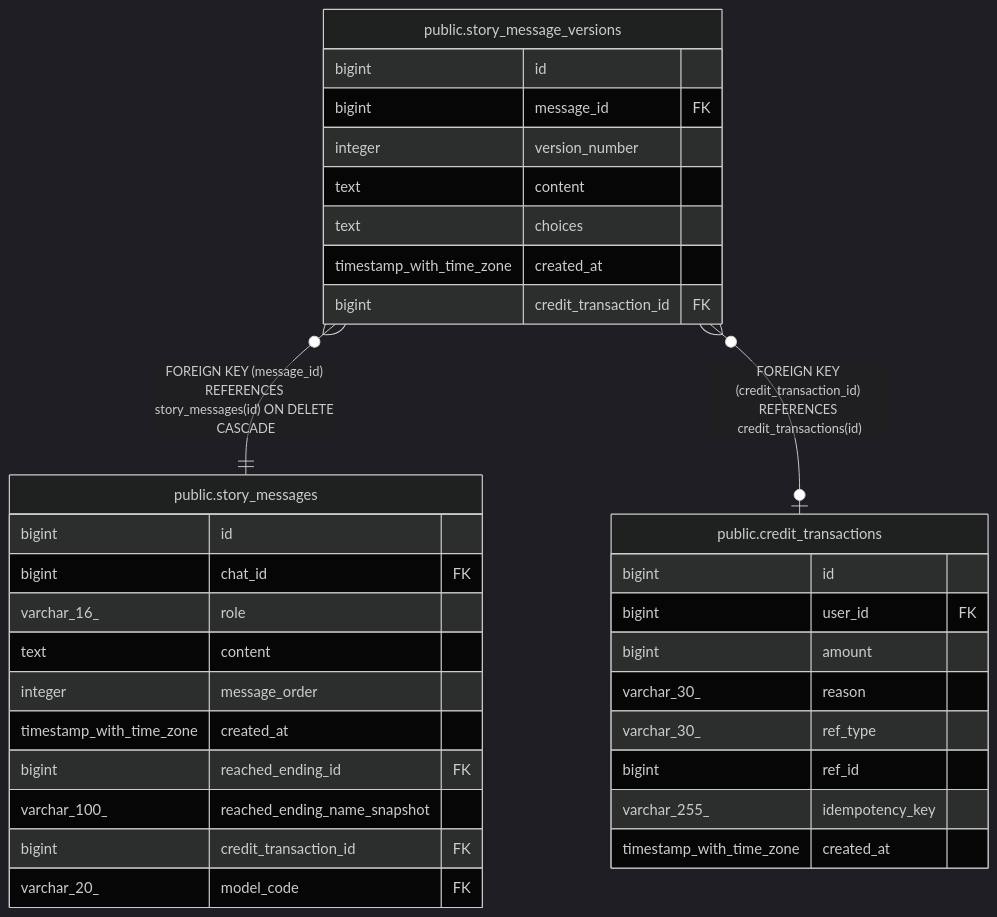
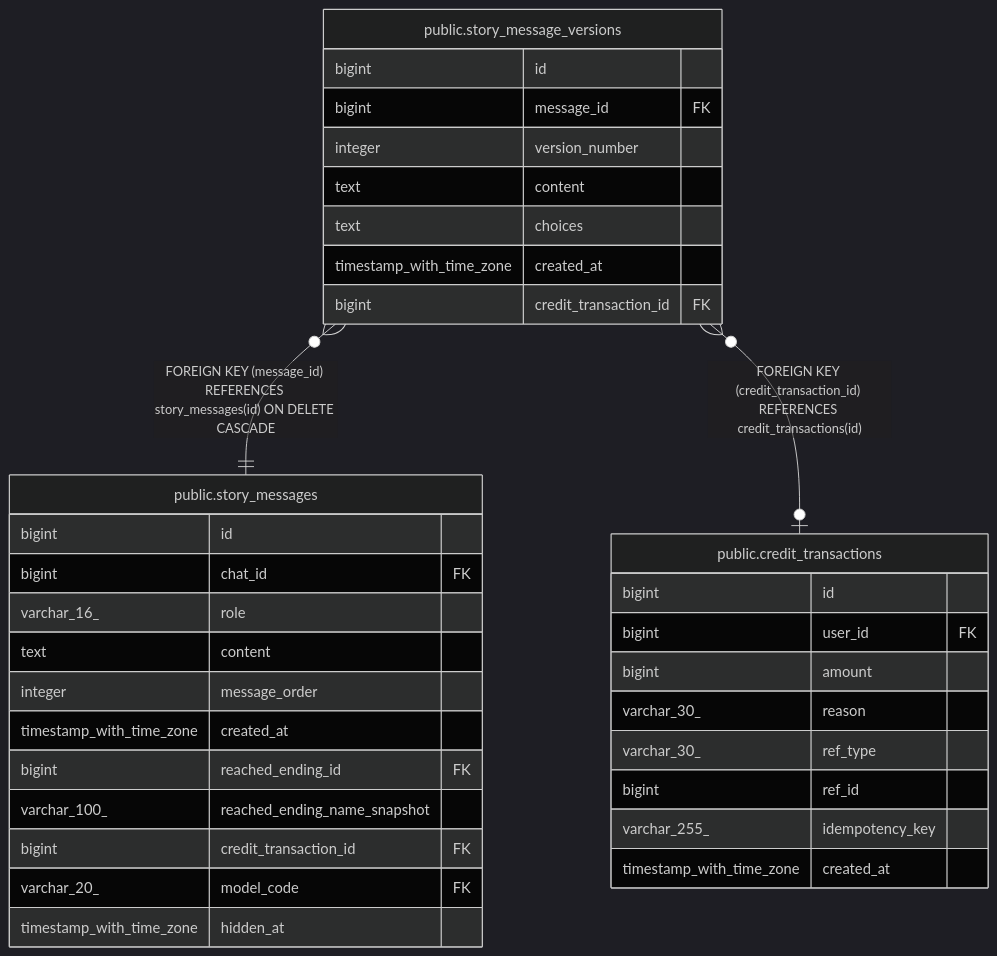
Before and after one commit to KIM-N-KANG/manyak-server: the diagram in dbdoc/public.story_message_versions.md, drawn with Mermaid (dark theme). The commit also changed 36 other files, not shown here.

````diff
--- a/dbdoc/public.story_message_versions.md
+++ b/dbdoc/public.story_message_versions.md
@@ -35,38 +35,39 @@
 ```mermaid
 erDiagram
 
 "public.story_message_versions" }o--|| "public.story_messages" : "FOREIGN KEY (message_id) REFERENCES story_messages(id) ON DELETE CASCADE"
 "public.story_message_versions" }o--o| "public.credit_transactions" : "FOREIGN KEY (credit_transaction_id) REFERENCES credit_transactions(id)"
 
 "public.story_message_versions" {
   bigint id
   bigint message_id FK
   integer version_number
   text content
   text choices
   timestamp_with_time_zone created_at
   bigint credit_transaction_id FK
 }
 "public.story_messages" {
   bigint id
   bigint chat_id FK
   varchar_16_ role
   text content
   integer message_order
   timestamp_with_time_zone created_at
   bigint reached_ending_id FK
   varchar_100_ reached_ending_name_snapshot
   bigint credit_transaction_id FK
   varchar_20_ model_code FK
+  timestamp_with_time_zone hidden_at
 }
 "public.credit_transactions" {
   bigint id
   bigint user_id FK
   bigint amount
   varchar_30_ reason
   varchar_30_ ref_type
   bigint ref_id
   varchar_255_ idempotency_key
   timestamp_with_time_zone created_at
 }
 ```
````
